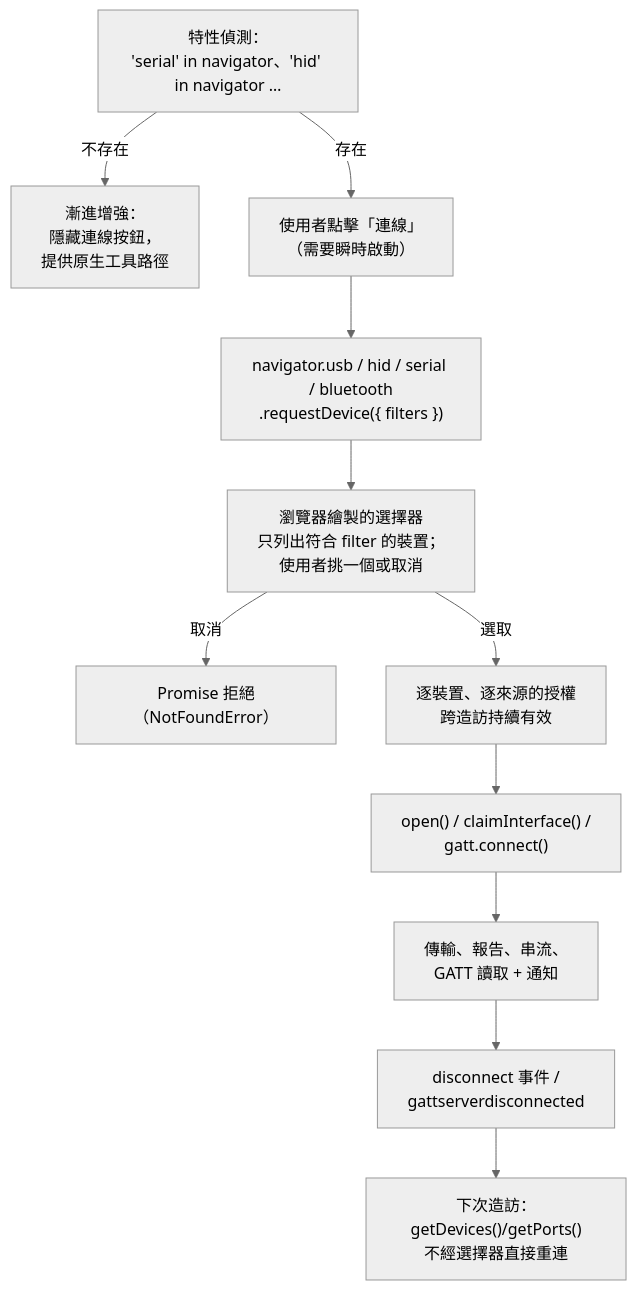
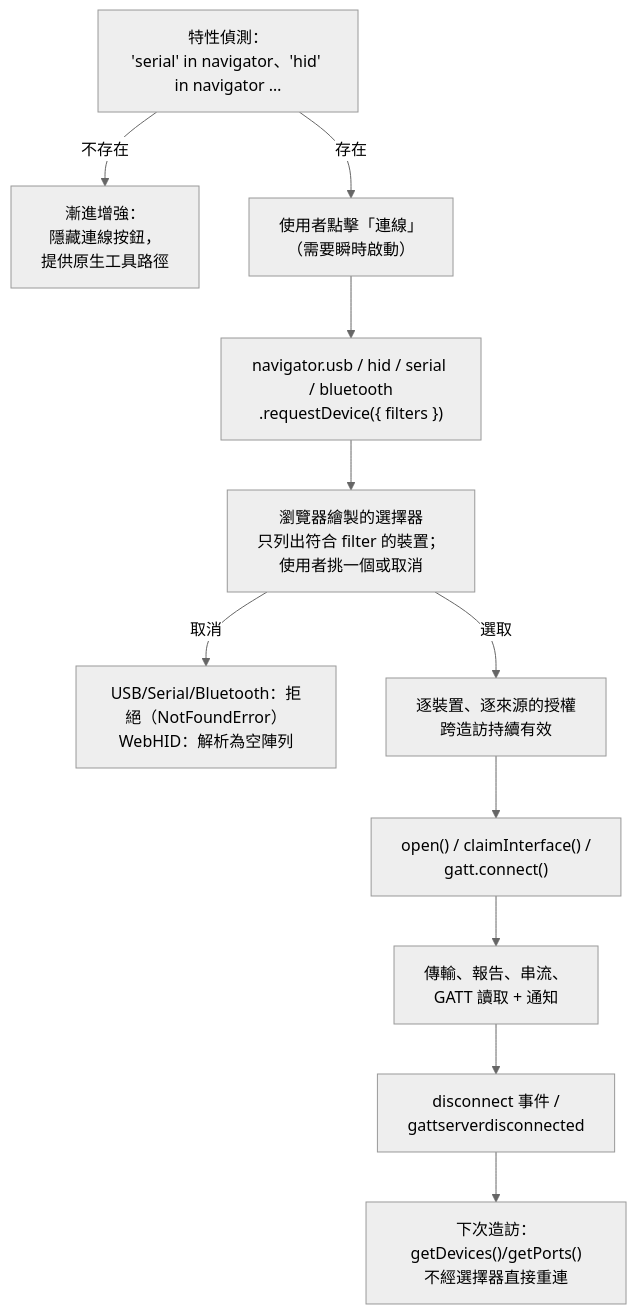
One commit to alivedise/frontend-engineering-essentials changed the diagram in docs/zh-tw/Browser APIs and Web Platform/hardware-device-apis.md. Above: the diagram before and after it, drawn with Mermaid (neutral theme). The commit also changed other lines of this file and 1 other file, not shown here.

````diff
--- a/docs/zh-tw/Browser APIs and Web Platform/hardware-device-apis.md
+++ b/docs/zh-tw/Browser APIs and Web Platform/hardware-device-apis.md
@@ -20,14 +20,14 @@
 ```mermaid
 flowchart TD
     FD["特性偵測：<br/>'serial' in navigator、'hid' in navigator …"]
     FD -- 不存在 --> FALLBACK["漸進增強：<br/>隱藏連線按鈕，<br/>提供原生工具路徑"]
     FD -- 存在 --> GESTURE["使用者點擊「連線」<br/>（需要瞬時啟動）"]
     GESTURE --> REQ["navigator.usb / hid / serial / bluetooth<br/>.requestDevice({ filters })"]
     REQ --> CHOOSER["瀏覽器繪製的選擇器<br/>只列出符合 filter 的裝置；<br/>使用者挑一個或取消"]
-    CHOOSER -- 取消 --> NODEV["Promise 拒絕（NotFoundError）"]
+    CHOOSER -- 取消 --> NODEV["USB/Serial/Bluetooth：拒絕（NotFoundError）<br/>WebHID：解析為空陣列"]
     CHOOSER -- 選取 --> GRANT["逐裝置、逐來源的授權<br/>跨造訪持續有效"]
     GRANT --> OPEN["open() / claimInterface() /<br/>gatt.connect()"]
     OPEN --> IO["傳輸、報告、串流、<br/>GATT 讀取 + 通知"]
     IO --> DISC["disconnect 事件 /<br/>gattserverdisconnected"]
     DISC --> RE["下次造訪：getDevices()/getPorts()<br/>不經選擇器直接重連"]
 ```
````
